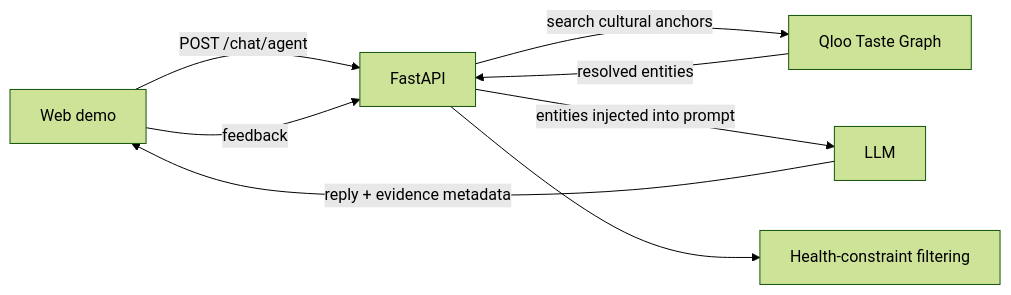
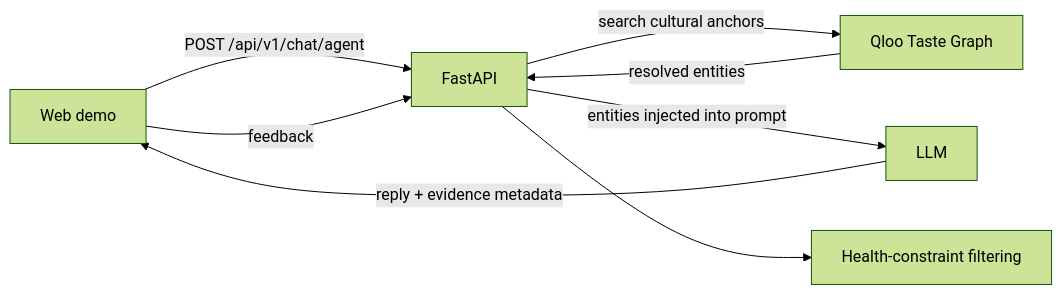
Before and after one commit to Zn3-boop/TasteCare: the diagram in README.md, drawn with Mermaid (forest theme). The commit also changed other lines of this file and 87 other files, not shown here.

````diff
--- a/README.md
+++ b/README.md
@@ -44,10 +44,10 @@
 ```mermaid
 flowchart LR
-    U[Web demo] -->|POST /chat/agent| API[FastAPI]
+    U[Web demo] -->|POST /api/v1/chat/agent| API[FastAPI]
     API -->|search cultural anchors| Q[Qloo Taste Graph]
     Q -->|resolved entities| API
     API -->|entities injected into prompt| L[LLM]
     L -->|reply + evidence metadata| U
     API --> H[Health-constraint filtering]
     U -->|feedback| API
 ```
````
